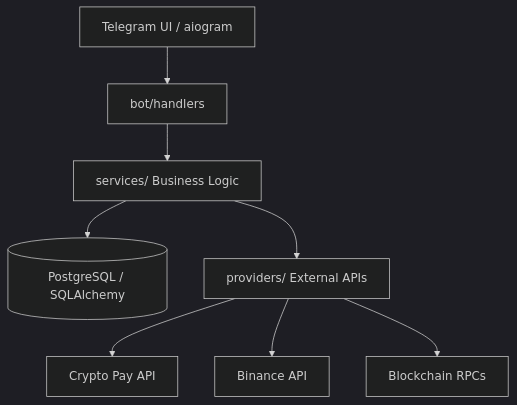
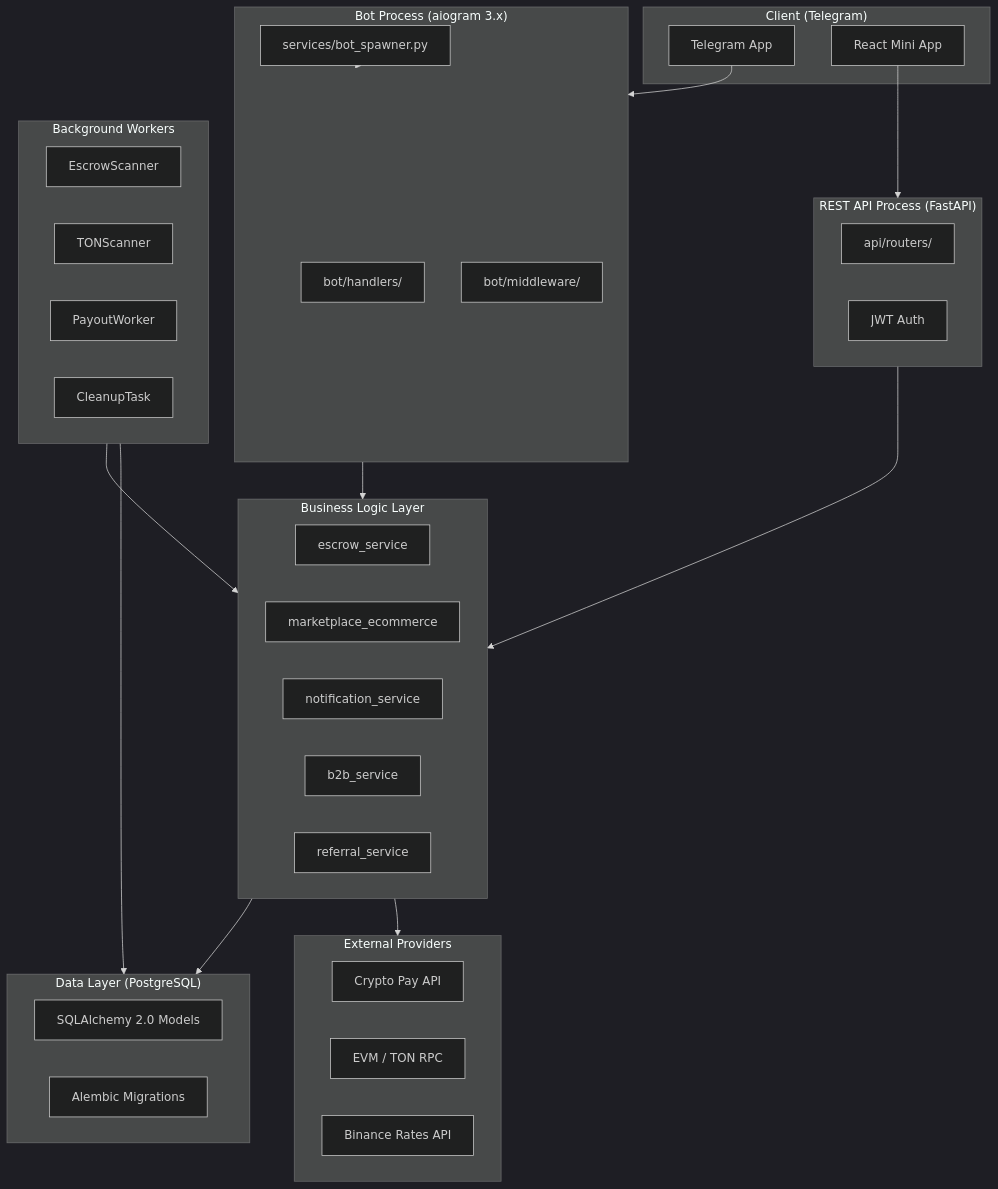
The diagram in README.md (AlexKrivokorytov/p2pCryptoBot), drawn with Mermaid (dark theme) before and after one commit. The commit also changed other lines of this file and 24 other files, not shown here.

````diff
--- a/README.md
+++ b/README.md
@@ -65,10 +57,54 @@
 ```mermaid
-graph TD
-    UI[Telegram UI / aiogram] --> Handlers[bot/handlers]
-    Handlers --> Services[services/ Business Logic]
-    Services --> DB[(PostgreSQL / SQLAlchemy)]
-    Services --> Providers[providers/ External APIs]
-    Providers --> CP[Crypto Pay API]
-    Providers --> BN[Binance API]
-    Providers --> RPC[Blockchain RPCs]
+graph TB
+    subgraph Client["Client (Telegram)"]
+        TG[Telegram App]
+        MiniApp[React Mini App]
+    end
+
+    subgraph Bot["Bot Process (aiogram 3.x)"]
+        Handlers[bot/handlers/]
+        Middleware[bot/middleware/]
+        BotSpawner[services/bot_spawner.py]
+    end
+
+    subgraph API["REST API Process (FastAPI)"]
+        Routes[api/routers/]
+        Auth[JWT Auth]
+    end
+
+    subgraph Services["Business Logic Layer"]
+        EscrowSvc[escrow_service]
+        MarketSvc[marketplace_ecommerce]
+        NotifSvc[notification_service]
+        B2BSvc[b2b_service]
+        RefSvc[referral_service]
+    end
+
+    subgraph Providers["External Providers"]
+        CryptoPay[Crypto Pay API]
+        Blockchain[EVM / TON RPC]
+        Binance[Binance Rates API]
+    end
+
+    subgraph Workers["Background Workers"]
+        EscrowScan[EscrowScanner]
+        TONScan[TONScanner]
+        PayoutWorker[PayoutWorker]
+        CleanupTask[CleanupTask]
+    end
+
+    subgraph DB["Data Layer (PostgreSQL)"]
+        Models[SQLAlchemy 2.0 Models]
+        Alembic[Alembic Migrations]
+    end
+
+    TG --> Bot
+    MiniApp --> API
+    Bot --> Services
+    API --> Services
+    Services --> DB
+    Services --> Providers
+    Workers --> Services
+    Workers --> DB
+    BotSpawner --> Bot
 ```
````
